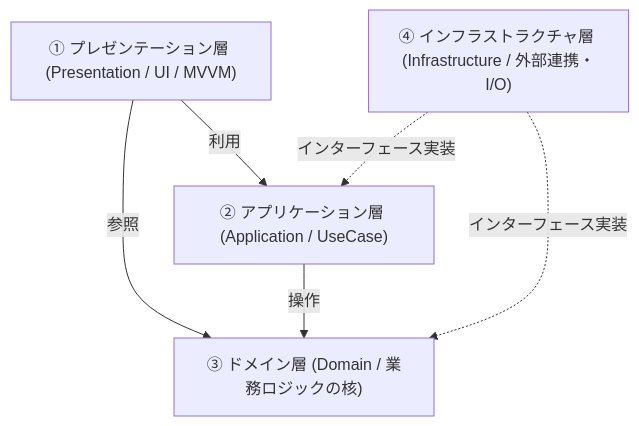
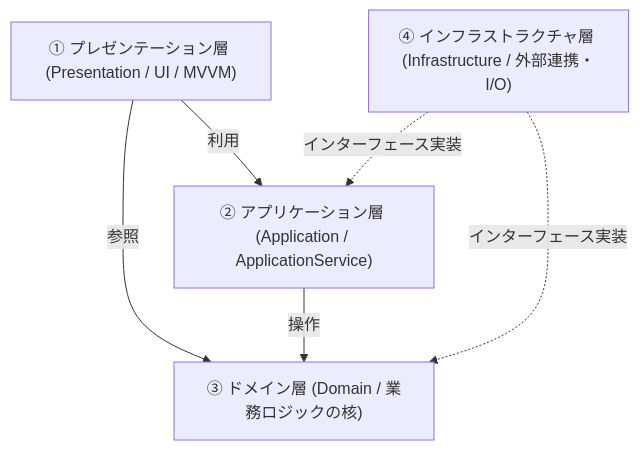
Before and after one commit to taketonnbo/Audio_Effector: the first of 3 diagrams in 設計/詳細設計/アーキテクチャ/アーキテクチャ全体設計書.md, drawn with Mermaid. The commit also changed other lines of this file and 2 other files, not shown here.

````diff
--- a/設計/詳細設計/アーキテクチャ/アーキテクチャ全体設計書.md
+++ b/設計/詳細設計/アーキテクチャ/アーキテクチャ全体設計書.md
@@ -20,13 +20,13 @@
 ```mermaid
 flowchart TD
     Presentation["① プレゼンテーション層 (Presentation / UI / MVVM)"]
-    Application["② アプリケーション層 (Application / UseCase)"]
+    Application["② アプリケーション層 (Application / ApplicationService)"]
     Domain["③ ドメイン層 (Domain / 業務ロジックの核)"]
     Infrastructure["④ インフラストラクチャ層 (Infrastructure / 外部連携・I/O)"]
 
     Presentation -->|利用| Application
     Presentation -->|参照| Domain
     Application -->|操作| Domain
     Infrastructure -.->|インターフェース実装| Domain
     Infrastructure -.->|インターフェース実装| Application
 ```
````
